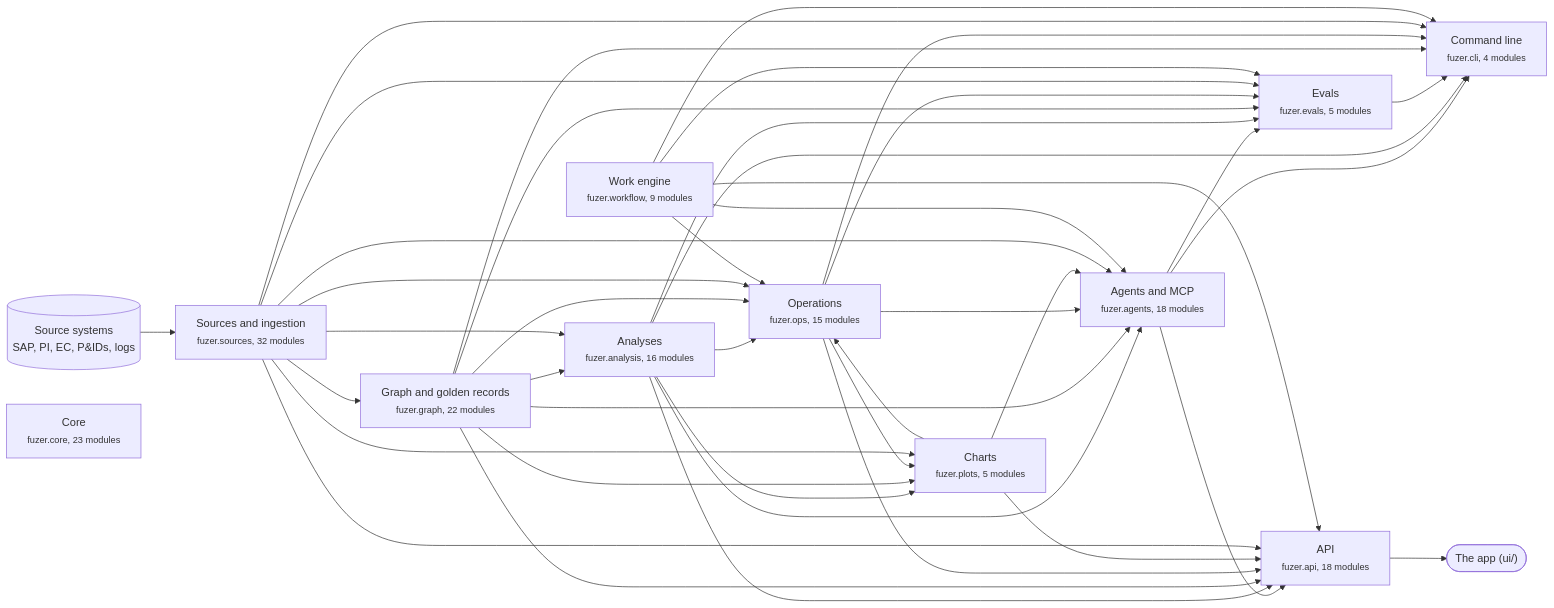
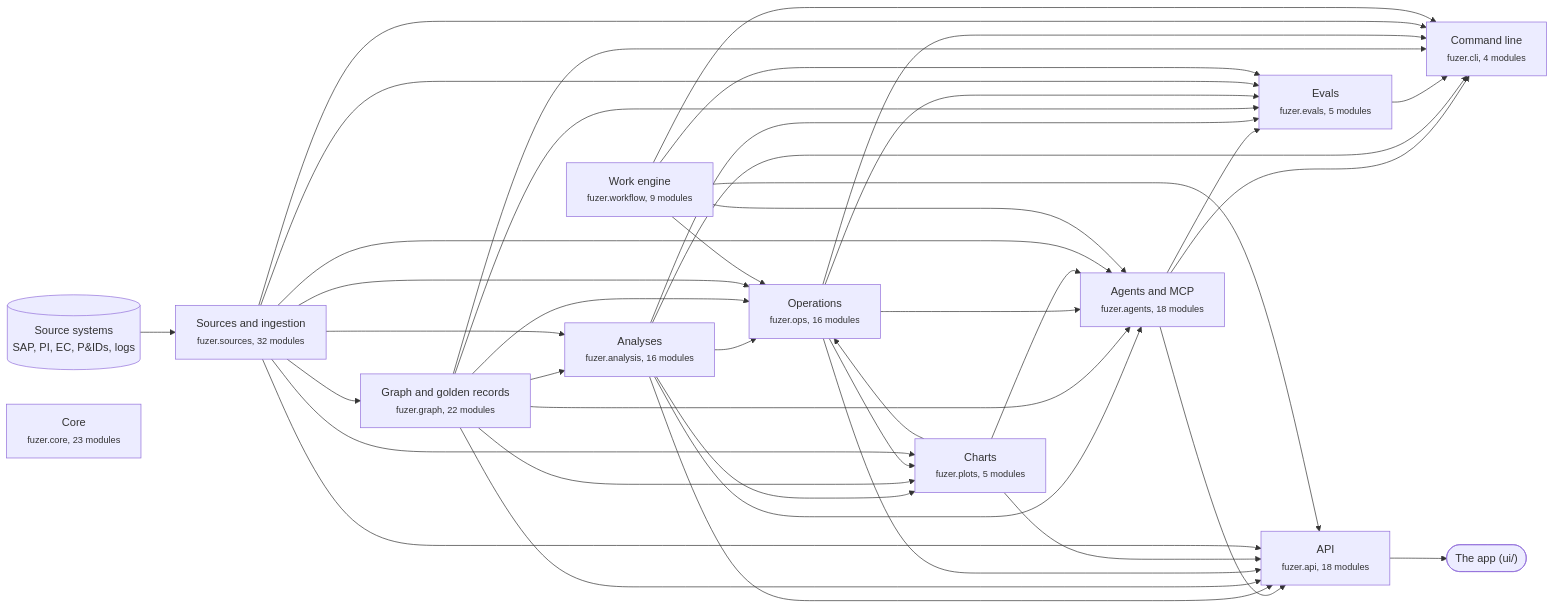
Before and after one commit to areed145/fuzer: the first of 3 diagrams in docs/architecture.md, drawn with Mermaid. The commit also changed other lines of this file and 19 other files, not shown here.

````diff
--- a/docs/architecture.md
+++ b/docs/architecture.md
@@ -8,66 +8,66 @@
 ```mermaid
 flowchart LR
   systems[("Source systems<br>SAP, PI, EC, P&IDs, logs")] --> c_sources
   app(["The app (ui/)"])
   c_api --> app
   c_sources["Sources and ingestion<br><small>fuzer.sources, 32 modules</small>"]
   c_graph["Graph and golden records<br><small>fuzer.graph, 22 modules</small>"]
   c_analysis["Analyses<br><small>fuzer.analysis, 16 modules</small>"]
-  c_ops["Operations<br><small>fuzer.ops, 15 modules</small>"]
+  c_ops["Operations<br><small>fuzer.ops, 16 modules</small>"]
   c_plots["Charts<br><small>fuzer.plots, 5 modules</small>"]
   c_workflow["Work engine<br><small>fuzer.workflow, 9 modules</small>"]
   c_agents["Agents and MCP<br><small>fuzer.agents, 18 modules</small>"]
   c_evals["Evals<br><small>fuzer.evals, 5 modules</small>"]
   c_api["API<br><small>fuzer.api, 18 modules</small>"]
   c_cli["Command line<br><small>fuzer.cli, 4 modules</small>"]
   c_core["Core<br><small>fuzer.core, 23 modules</small>"]
   c_sources --> c_graph
   c_graph --> c_analysis
   c_sources --> c_analysis
   c_analysis --> c_ops
   c_graph --> c_ops
   c_plots --> c_ops
   c_sources --> c_ops
   c_workflow --> c_ops
   c_analysis --> c_plots
   c_graph --> c_plots
   c_ops --> c_plots
   c_sources --> c_plots
   c_analysis --> c_agents
   c_graph --> c_agents
   c_ops --> c_agents
   c_plots --> c_agents
   c_sources --> c_agents
   c_workflow --> c_agents
   c_agents --> c_evals
   c_analysis --> c_evals
   c_graph --> c_evals
   c_ops --> c_evals
   c_sources --> c_evals
   c_workflow --> c_evals
   c_agents --> c_api
   c_analysis --> c_api
   c_graph --> c_api
   c_ops --> c_api
   c_plots --> c_api
   c_sources --> c_api
   c_workflow --> c_api
   c_agents --> c_cli
   c_analysis --> c_cli
   c_evals --> c_cli
   c_graph --> c_cli
   c_ops --> c_cli
   c_sources --> c_cli
   c_workflow --> c_cli
   click c_sources "https://github.com/areed145/fuzer/tree/main/src/fuzer/sources"
   click c_graph "https://github.com/areed145/fuzer/tree/main/src/fuzer/graph"
   click c_analysis "https://github.com/areed145/fuzer/tree/main/src/fuzer/analysis"
   click c_ops "https://github.com/areed145/fuzer/tree/main/src/fuzer/ops"
   click c_plots "https://github.com/areed145/fuzer/tree/main/src/fuzer/plots"
   click c_workflow "https://github.com/areed145/fuzer/tree/main/src/fuzer/workflow"
   click c_agents "https://github.com/areed145/fuzer/tree/main/src/fuzer/agents"
   click c_evals "https://github.com/areed145/fuzer/tree/main/src/fuzer/evals"
   click c_api "https://github.com/areed145/fuzer/tree/main/src/fuzer/api"
   click c_cli "https://github.com/areed145/fuzer/tree/main/src/fuzer/cli"
   click c_core "https://github.com/areed145/fuzer/tree/main/src/fuzer/core"
 ```
````
